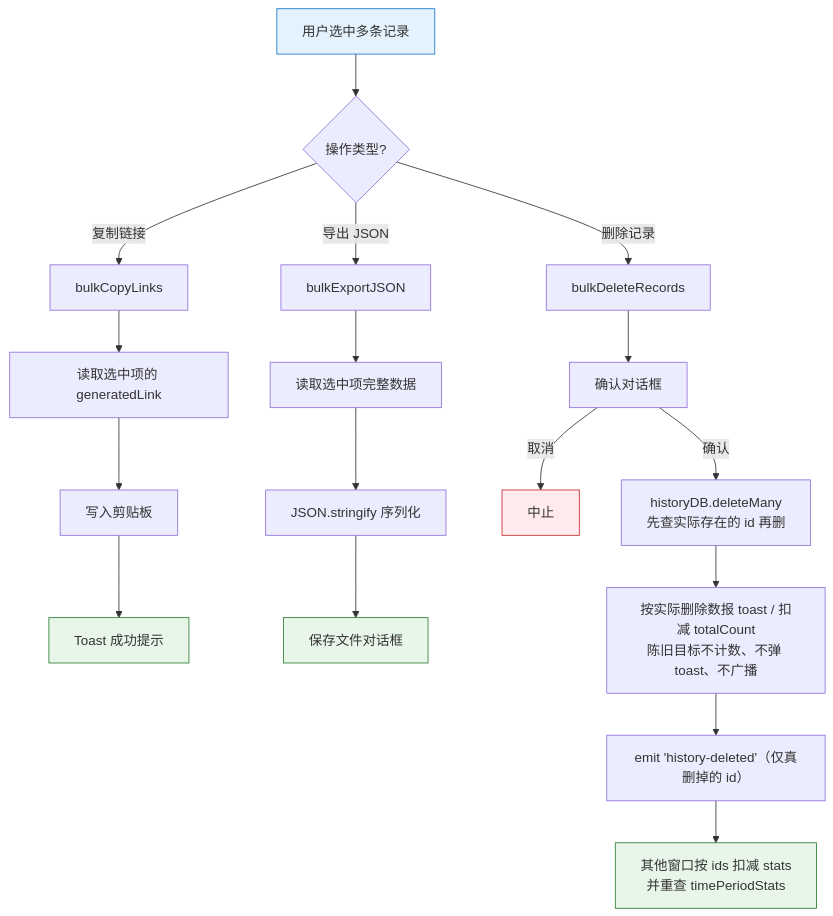
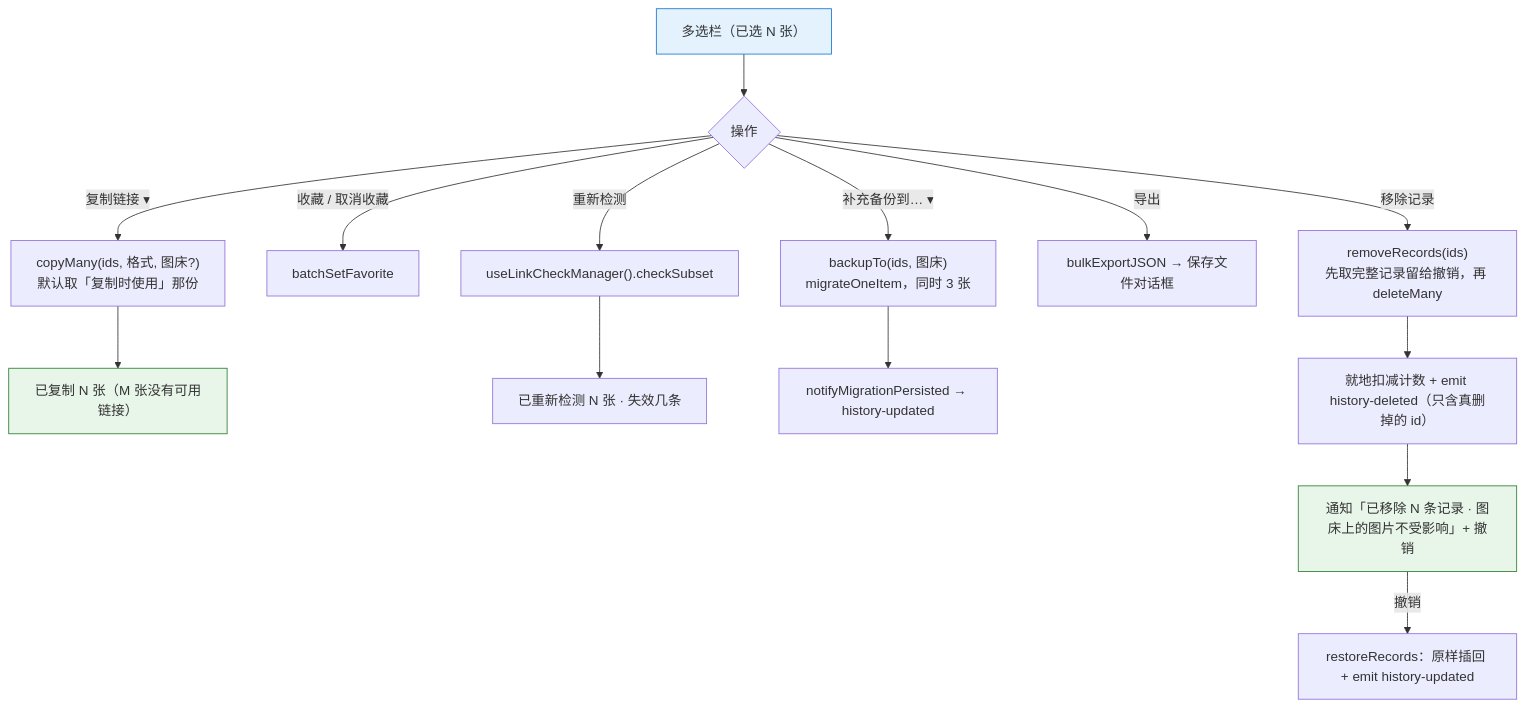
Before and after one commit to joeyliu6/PicNexus: the third of 3 diagrams in docs/flows/history-flow.md, drawn with Mermaid. The commit also changed other lines of this file and 14 other files, not shown here.

Commit message:
docs: describe the gallery in the flows, architecture and API references

````diff
--- a/docs/flows/history-flow.md
+++ b/docs/flows/history-flow.md
@@ -94,29 +82,26 @@
 ```mermaid
 flowchart TD
-    A[用户选中多条记录] --> B{操作类型?}
+    A["多选栏（已选 N 张）"] --> B{操作}
 
-    B -- 复制链接 --> C[bulkCopyLinks]
-    C --> C1[读取选中项的 generatedLink]
-    C1 --> C2[写入剪贴板]
-    C2 --> C3[Toast 成功提示]
+    B -- 复制链接 ▾ --> C["copyMany(ids, 格式, 图床?)\n默认取「复制时使用」那份"]
+    C --> C1["已复制 N 张（M 张没有可用链接）"]
 
-    B -- 导出 JSON --> D[bulkExportJSON]
-    D --> D1[读取选中项完整数据]
-    D1 --> D2[JSON.stringify 序列化]
-    D2 --> D3[保存文件对话框]
+    B -- 收藏 / 取消收藏 --> D[batchSetFavorite]
 
-    B -- 删除记录 --> E[bulkDeleteRecords]
-    E --> E1[确认对话框]
-    E1 -- 取消 --> E2[中止]
-    E1 -- 确认 --> E3["historyDB.deleteMany\n先查实际存在的 id 再删"]
-    E3 --> E4["按实际删除数报 toast / 扣减 totalCount\n陈旧目标不计数、不弹 toast、不广播"]
-    E4 --> E5["emit 'history-deleted'（仅真删掉的 id）"]
-    E5 --> E6["其他窗口按 ids 扣减 stats\n并重查 timePeriodStats"]
+    B -- 重新检测 --> E["useLinkCheckManager().checkSubset"]
+    E --> E1["已重新检测 N 张 · 失效几条"]
 
-    %% 样式
+    B -- 补充备份到… ▾ --> F["backupTo(ids, 图床)\nmigrateOneItem，同时 3 张"]
+    F --> F1["notifyMigrationPersisted → history-updated"]
+
+    B -- 导出 --> G["bulkExportJSON → 保存文件对话框"]
+
+    B -- 移除记录 --> H["removeRecords(ids)\n先取完整记录留给撤销，再 deleteMany"]
+    H --> H1["就地扣减计数 + emit history-deleted（只含真删掉的 id）"]
+    H1 --> H2["通知「已移除 N 条记录 · 图床上的图片不受影响」+ 撤销"]
+    H2 -- 撤销 --> H3["restoreRecords：原样插回 + emit history-updated"]
+
     style A fill:#e3f2fd,stroke:#1976d2
-    style C3 fill:#e8f5e9,stroke:#2e7d32
-    style D3 fill:#e8f5e9,stroke:#2e7d32
-    style E6 fill:#e8f5e9,stroke:#2e7d32
-    style E2 fill:#ffebee,stroke:#c62828
+    style C1 fill:#e8f5e9,stroke:#2e7d32
+    style H2 fill:#e8f5e9,stroke:#2e7d32
 ```
````
